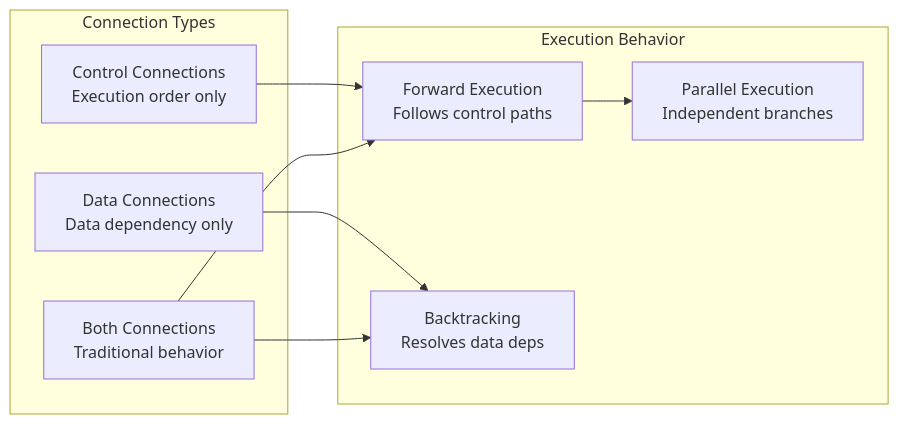
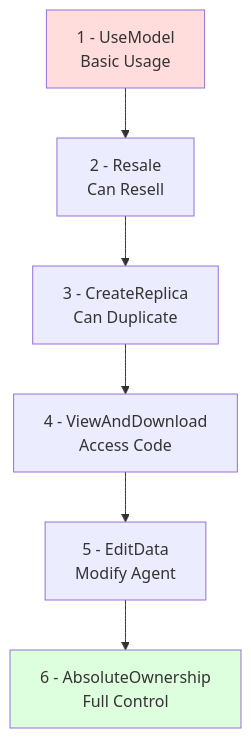
The sixth of 12 diagrams in readme.md (NeuraLabsHQ/neuralabs-coinbase), drawn with Mermaid before and after one commit. The commit also changed other lines of this file, not shown here.

Commit message:
Implement code changes to enhance functionality and improve performance

````diff
--- a/readme.md
+++ b/readme.md
@@ -432,21 +302,11 @@
 ```mermaid
-graph LR
-    subgraph "Connection Types"
-        CONTROL[Control Connections<br/>Execution order only]
-        DATA[Data Connections<br/>Data dependency only]
-        BOTH[Both Connections<br/>Traditional behavior]
-    end
+graph TD
+    L1[1 - UseModel<br/>Basic Usage] --> L2[2 - Resale<br/>Can Resell]
+    L2 --> L3[3 - CreateReplica<br/>Can Duplicate]
+    L3 --> L4[4 - ViewAndDownload<br/>Access Code]
+    L4 --> L5[5 - EditData<br/>Modify Agent]
+    L5 --> L6[6 - AbsoluteOwnership<br/>Full Control]
     
-    subgraph "Execution Behavior"
-        FORWARD[Forward Execution<br/>Follows control paths]
-        BACKTRACK[Backtracking<br/>Resolves data deps]
-        PARALLEL[Parallel Execution<br/>Independent branches]
-    end
-    
-    CONTROL --> FORWARD
-    DATA --> BACKTRACK
-    BOTH --> FORWARD
-    BOTH --> BACKTRACK
-    
-    FORWARD --> PARALLEL
+    style L1 fill:#fdd
+    style L6 fill:#dfd
 ```
````
